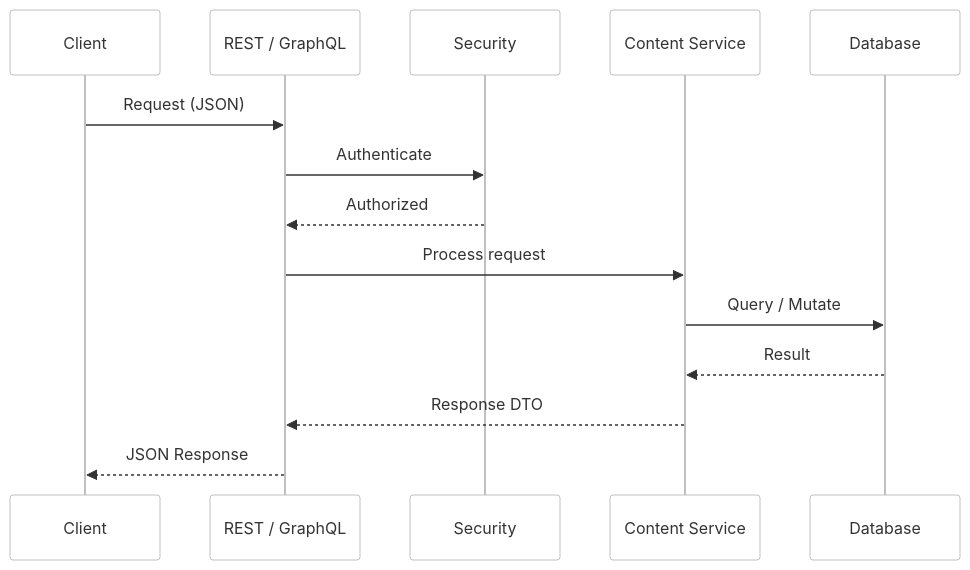
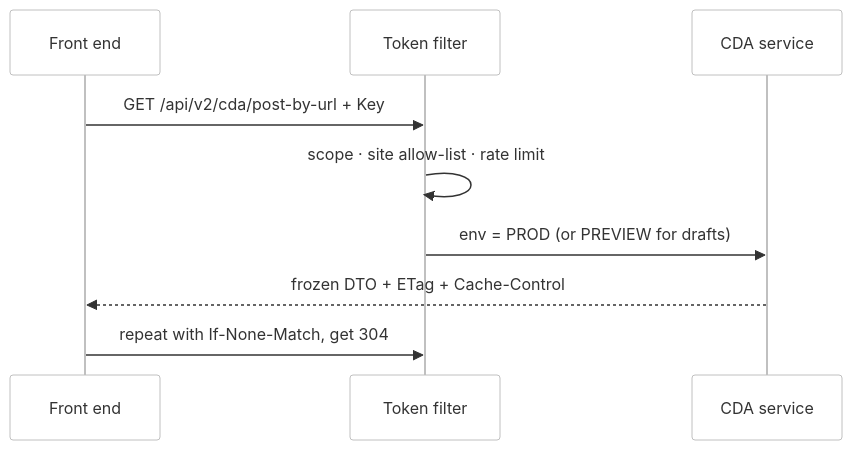
The diagram in docs-shio/architecture-overview.md (openviglet/docs), drawn with Mermaid before and after one commit. The commit also changed other lines of this file and 37 other files, not shown here.

First line of the commit message:
feat: add new diagrams and documentation for agent workflows

````diff
--- a/docs-shio/architecture-overview.md
+++ b/docs-shio/architecture-overview.md
@@ -138,18 +90,12 @@
 ```mermaid
 %%{init: {'theme': 'base', 'themeVariables': {'fontSize': '13px', 'primaryColor': '#fff', 'primaryBorderColor': '#c0c0c0', 'lineColor': '#888', 'textColor': '#333'}}}%%
 sequenceDiagram
-    participant Client
-    participant API as REST / GraphQL
-    participant Security
-    participant Service as Content Service
-    participant DB as Database
-
-    Client->>API: Request (JSON)
-    API->>Security: Authenticate
-    Security-->>API: Authorized
-    API->>Service: Process request
-    Service->>DB: Query / Mutate
-    DB-->>Service: Result
-    Service-->>API: Response DTO
-    API-->>Client: JSON Response
+    participant F as Front end
+    participant K as Token filter
+    participant S as CDA service
+    F->>K: GET /api/v2/cda/post-by-url + Key
+    K->>K: scope · site allow-list · rate limit
+    K->>S: env = PROD (or PREVIEW for drafts)
+    S-->>F: frozen DTO + ETag + Cache-Control
+    F->>K: repeat with If-None-Match, get 304
 ```
````
